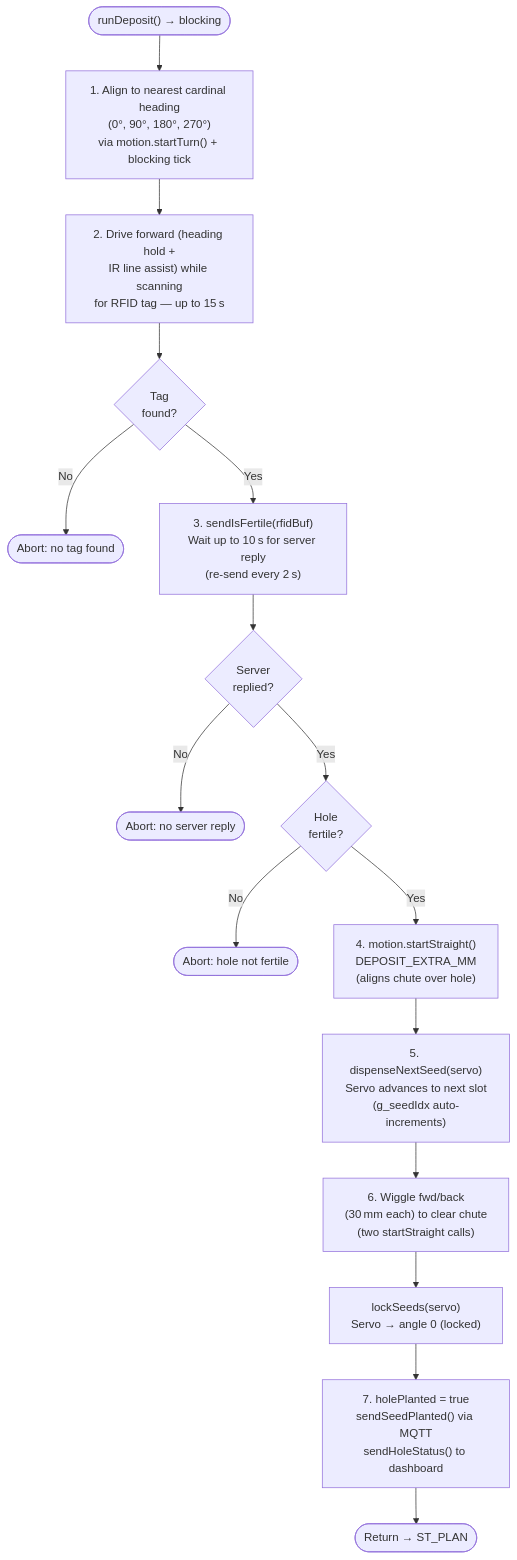
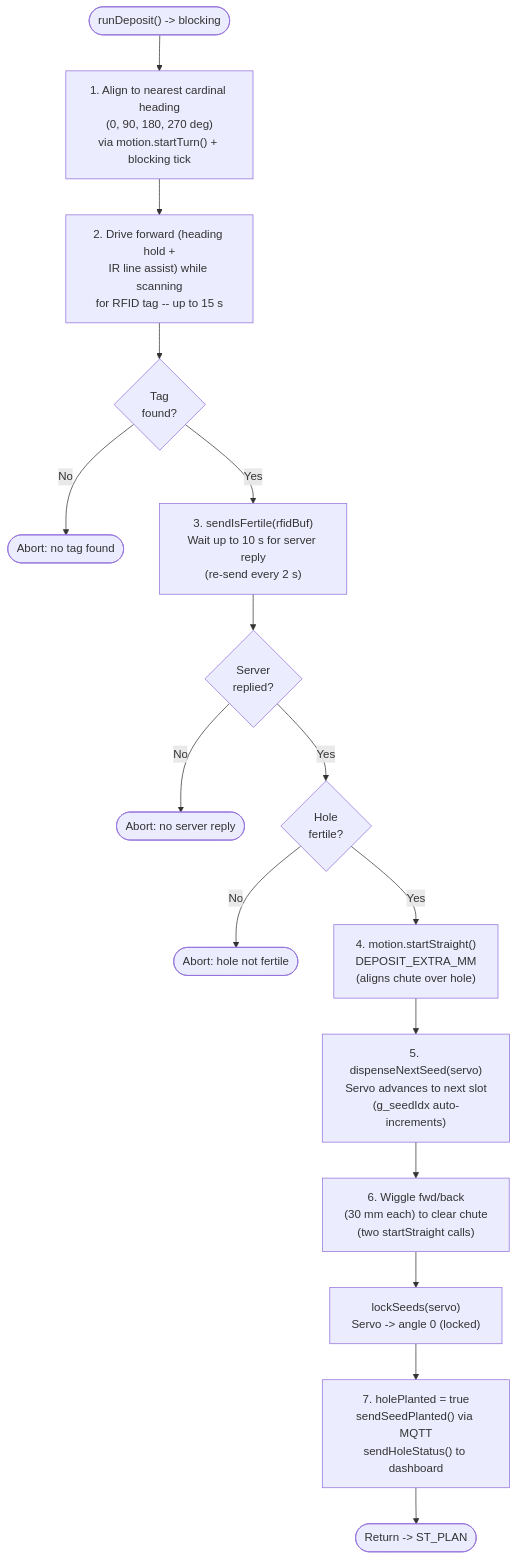
The fifth of 9 diagrams in README.md (rahrah456/Term-3-Martian-Robotics-Project), drawn with Mermaid before and after one commit. The commit also changed other lines of this file, not shown here.

````diff
--- a/README.md
+++ b/README.md
@@ -327,32 +326,32 @@
 ```mermaid
 flowchart TB
-    START(["runDeposit() → blocking"]) --> ALIGN
+    START(["runDeposit() -> blocking"]) --> ALIGN
 
-    ALIGN["1. Align to nearest cardinal heading<br/>(0°, 90°, 180°, 270°)<br/>via motion.startTurn() + blocking tick"]
+    ALIGN["1. Align to nearest cardinal heading<br/>(0, 90, 180, 270 deg)<br/>via motion.startTurn() + blocking tick"]
     ALIGN --> SEARCH
 
-    SEARCH["2. Drive forward (heading hold +<br/>IR line assist) while scanning<br/>for RFID tag — up to 15 s"]
+    SEARCH["2. Drive forward (heading hold +<br/>IR line assist) while scanning<br/>for RFID tag -- up to 15 s"]
     SEARCH --> TAG{"Tag<br/>found?"}
     TAG -->|No| ABORT1(["Abort: no tag found"])
     TAG -->|Yes| QUERY
 
-    QUERY["3. sendIsFertile(rfidBuf)<br/>Wait up to 10 s for server reply<br/>(re-send every 2 s)"]
+    QUERY["3. sendIsFertile(rfidBuf)<br/>Wait up to 10 s for server reply<br/>(re-send every 2 s)"]
     QUERY --> REPLY{"Server<br/>replied?"}
     REPLY -->|No| ABORT2(["Abort: no server reply"])
     REPLY -->|Yes| FERTILE{"Hole<br/>fertile?"}
     FERTILE -->|No| ABORT3(["Abort: hole not fertile"])
     FERTILE -->|Yes| POSITION
 
     POSITION["4. motion.startStraight()<br/>DEPOSIT_EXTRA_MM<br/>(aligns chute over hole)"]
     POSITION --> DISPENSE
 
     DISPENSE["5. dispenseNextSeed(servo)<br/>Servo advances to next slot<br/>(g_seedIdx auto-increments)"]
     DISPENSE --> WIGGLE
 
-    WIGGLE["6. Wiggle fwd/back<br/>(30 mm each) to clear chute<br/>(two startStraight calls)"]
-    WIGGLE --> LOCK["lockSeeds(servo)<br/>Servo → angle 0 (locked)"]
+    WIGGLE["6. Wiggle fwd/back<br/>(30 mm each) to clear chute<br/>(two startStraight calls)"]
+    WIGGLE --> LOCK["lockSeeds(servo)<br/>Servo -> angle 0 (locked)"]
     LOCK --> MARK
 
     MARK["7. holePlanted = true<br/>sendSeedPlanted() via MQTT<br/>sendHoleStatus() to dashboard"]
-    MARK --> DONE(["Return → ST_PLAN"])
+    MARK --> DONE(["Return -> ST_PLAN"])
 ```
````
